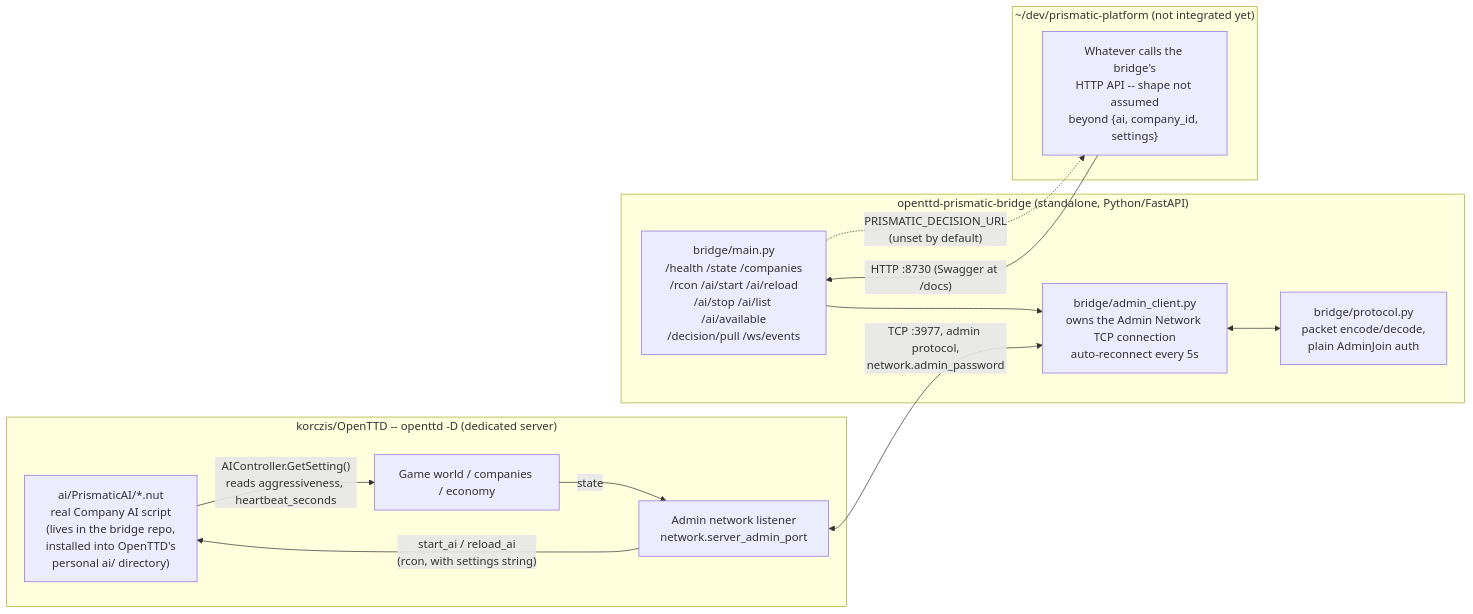
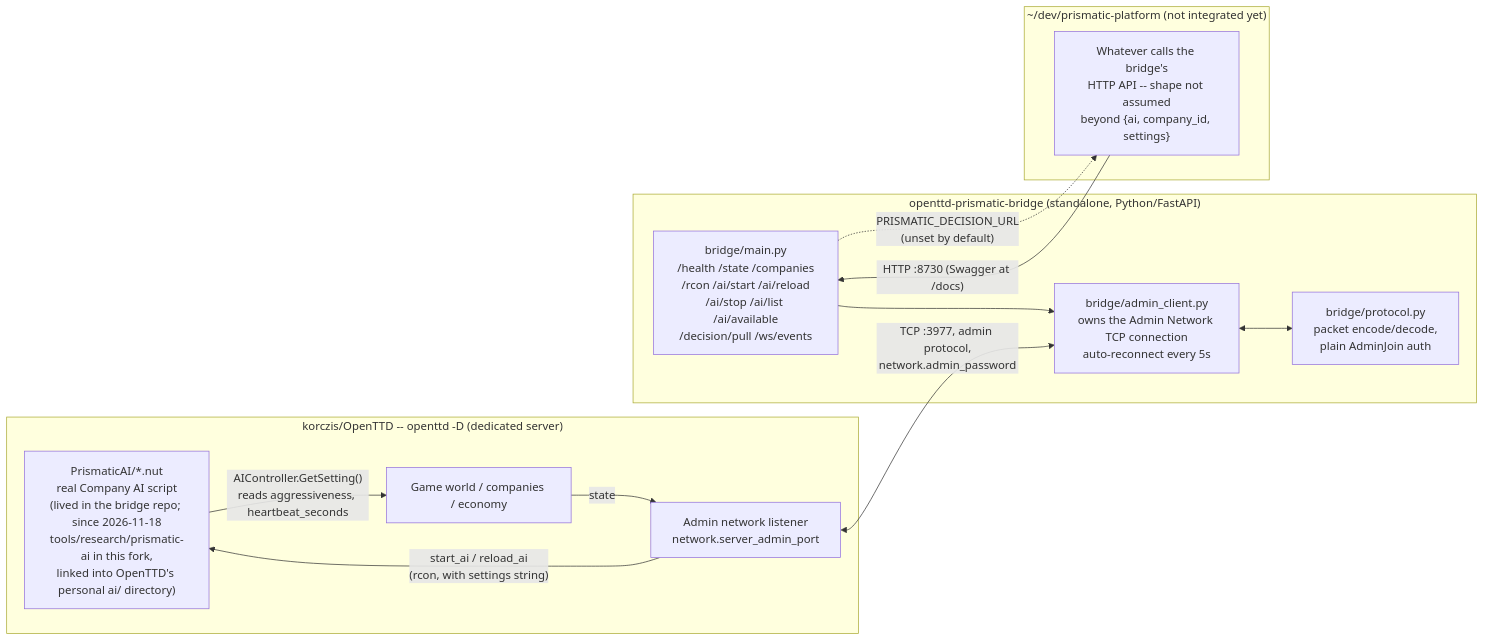
Before and after one commit to OpenTTD/OpenTTD: the second of 4 diagrams in research/prismatic-bridge/ARCHITECTURE.md, drawn with Mermaid. The commit also changed other lines of this file and 85 other files, not shown here.

````diff
--- a/research/prismatic-bridge/ARCHITECTURE.md
+++ b/research/prismatic-bridge/ARCHITECTURE.md
@@ -48,29 +49,29 @@
 ```mermaid
 flowchart LR
     subgraph OpenTTD["korczis/OpenTTD -- openttd -D (dedicated server)"]
-        AI["ai/PrismaticAI/*.nut<br/>real Company AI script<br/>(lives in the bridge repo,<br/>installed into OpenTTD's<br/>personal ai/ directory)"]
+        AI["PrismaticAI/*.nut<br/>real Company AI script<br/>(lived in the bridge repo; since 2026-11-18<br/>tools/research/prismatic-ai in this fork,<br/>linked into OpenTTD's personal ai/ directory)"]
         World["Game world / companies / economy"]
         AdminSrv["Admin network listener<br/>network.server_admin_port"]
 
         AdminSrv -- "start_ai / reload_ai<br/>(rcon, with settings string)" --> AI
         AI -- "AIController.GetSetting()<br/>reads aggressiveness, heartbeat_seconds" --> World
         World -- "state" --> AdminSrv
     end
 
     subgraph Bridge["openttd-prismatic-bridge (standalone, Python/FastAPI)"]
         AdminClient["bridge/admin_client.py<br/>owns the Admin Network TCP connection<br/>auto-reconnect every 5s"]
         Protocol["bridge/protocol.py<br/>packet encode/decode,<br/>plain AdminJoin auth"]
         REST["bridge/main.py<br/>/health /state /companies<br/>/rcon /ai/start /ai/reload<br/>/ai/stop /ai/list /ai/available<br/>/decision/pull /ws/events"]
 
         AdminClient <--> Protocol
         REST --> AdminClient
     end
 
     subgraph Prismatic["~/dev/prismatic-platform (not integrated yet)"]
         Consumer["Whatever calls the bridge's<br/>HTTP API -- shape not assumed<br/>beyond {ai, company_id, settings}"]
     end
 
     AdminSrv <-- "TCP :3977, admin protocol,<br/>network.admin_password" --> AdminClient
     Consumer -- "HTTP :8730 (Swagger at /docs)" --> REST
     REST -. "PRISMATIC_DECISION_URL<br/>(unset by default)" .-> Consumer
 ```
````
